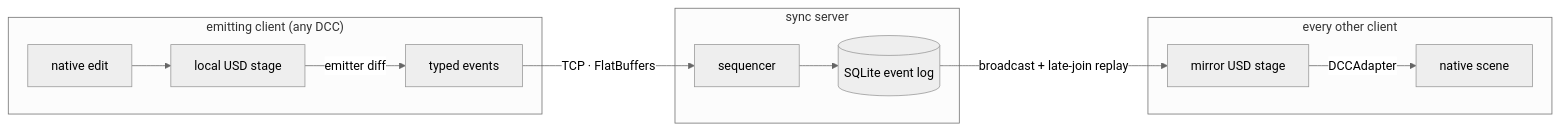
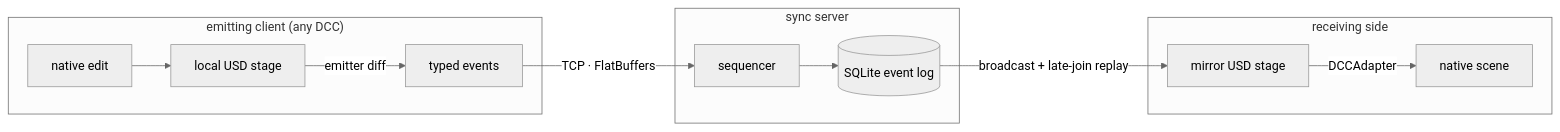
The diagram in README.md (RoboticHuman/OpenUSDConnect), drawn with Mermaid (neutral theme) before and after one commit. The commit also changed other lines of this file and 39 other files, not shown here.

````diff
--- a/README.md
+++ b/README.md
@@ -26,15 +26,15 @@
 ```mermaid
 flowchart LR
     subgraph A["emitting client (any DCC)"]
         E["native edit"] --> LS["local USD stage"]
         LS -- "emitter diff" --> EV["typed events"]
     end
     EV -- "TCP · FlatBuffers" --> SQ
     subgraph S["sync server"]
         SQ["sequencer"] --> LOG[("SQLite event log")]
     end
     LOG -- "broadcast + late-join replay" --> MS
-    subgraph B["every other client"]
+    subgraph B["receiving side"]
         MS["mirror USD stage"] -- "DCCAdapter" --> N["native scene"]
     end
 ```
````
